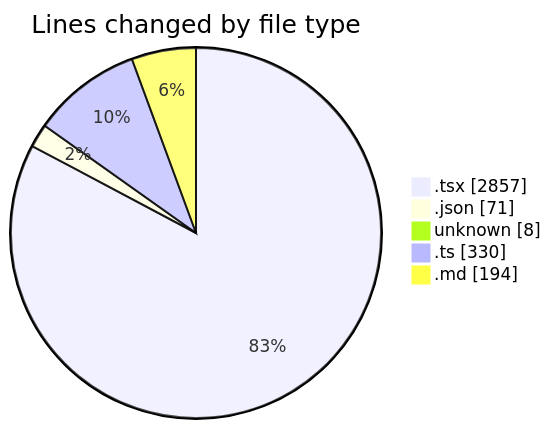
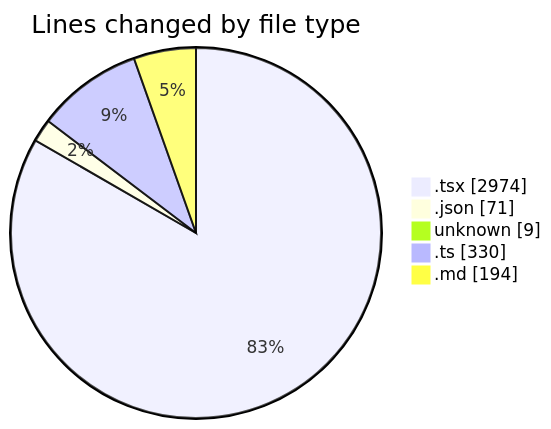
Before and after one commit to ernivani/code-tracking: the first of 2 diagrams in 2025-01-03/tinycms/README.md, drawn with Mermaid. The commit also changed other lines of this file and 2 other files, not shown here.

````diff
--- a/2025-01-03/tinycms/README.md
+++ b/2025-01-03/tinycms/README.md
@@ -36,9 +36,9 @@
 ```mermaid
 pie showData
 title Lines changed by file type
-".tsx" : 2857
+".tsx" : 2974
 ".json" : 71
-"unknown" : 8
+"unknown" : 9
 ".ts" : 330
 ".md" : 194
 ```
````
